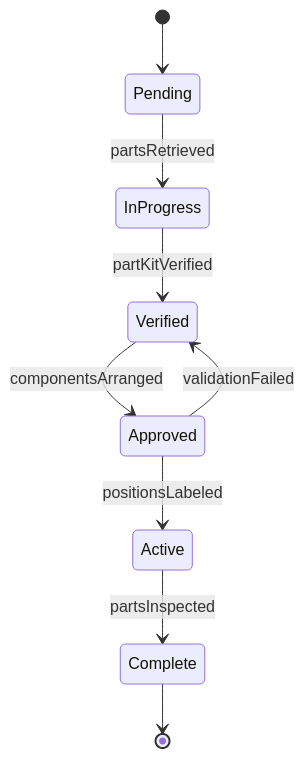
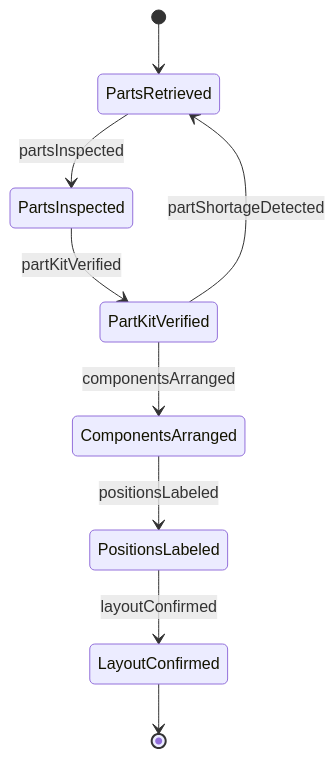
The second of 4 diagrams in HandlingAndMovingObjects/PositionMaterialsOrComponentsForAssembly/LayOutPartsPrepareAssembly.mdx (dot-org-ai/tasks.org.ai), drawn with Mermaid before and after one commit. The commit also changed other lines of this file and 515 other files, not shown here.

````diff
--- a/HandlingAndMovingObjects/PositionMaterialsOrComponentsForAssembly/LayOutPartsPrepareAssembly.mdx
+++ b/HandlingAndMovingObjects/PositionMaterialsOrComponentsForAssembly/LayOutPartsPrepareAssembly.mdx
@@ -98,11 +99,11 @@
 ```mermaid
 stateDiagram-v2
-    [*] --> Pending
-    Pending --> InProgress : partsRetrieved
-    InProgress --> Verified : partKitVerified
-    Verified --> Approved : componentsArranged
-    Approved --> Active : positionsLabeled
-    Active --> Complete : partsInspected
-    Approved --> Verified : validationFailed
-    Complete --> [*]
+    [*] --> PartsRetrieved
+    PartsRetrieved --> PartsInspected : partsInspected
+    PartsInspected --> PartKitVerified : partKitVerified
+    PartKitVerified --> ComponentsArranged : componentsArranged
+    PartKitVerified --> PartsRetrieved : partShortageDetected
+    ComponentsArranged --> PositionsLabeled : positionsLabeled
+    PositionsLabeled --> LayoutConfirmed : layoutConfirmed
+    LayoutConfirmed --> [*]
 ```
````
